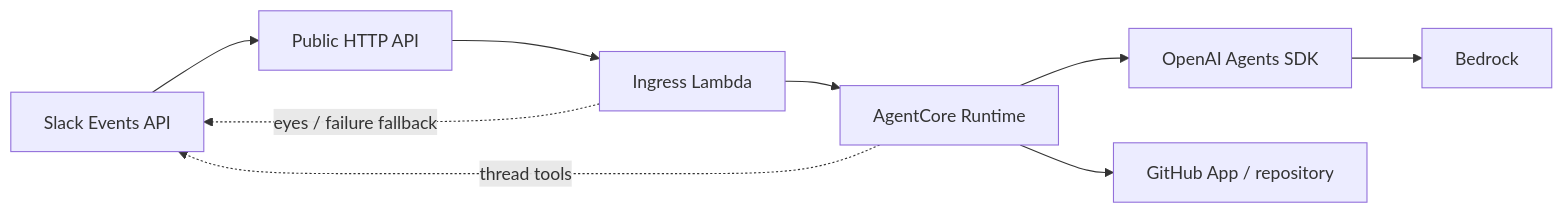
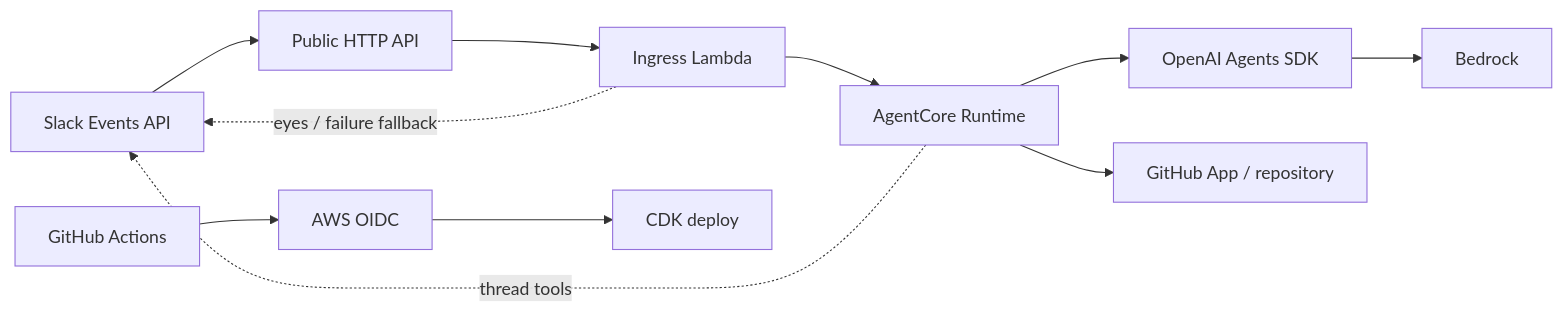
One commit to niklas-palm/codex-slack-agent changed the diagram in README.md. Above: the diagram before and after it, drawn with Mermaid. The commit also changed other lines of this file and 7 other files, not shown here.

````diff
--- a/README.md
+++ b/README.md
@@ -8,11 +8,13 @@
 ```mermaid
 flowchart LR
     Slack["Slack Events API"] --> API["Public HTTP API"]
     API --> Lambda["Ingress Lambda"]
     Lambda --> Runtime["AgentCore Runtime"]
     Runtime --> SDK["OpenAI Agents SDK"]
     SDK --> Bedrock["Bedrock"]
     Lambda -. "eyes / failure fallback" .-> Slack
     Runtime -. "thread tools" .-> Slack
     Runtime --> GitHub["GitHub App / repository"]
+    GitHubActions["GitHub Actions"] --> OIDC["AWS OIDC"]
+    OIDC --> CDK["CDK deploy"]
 ```
````
